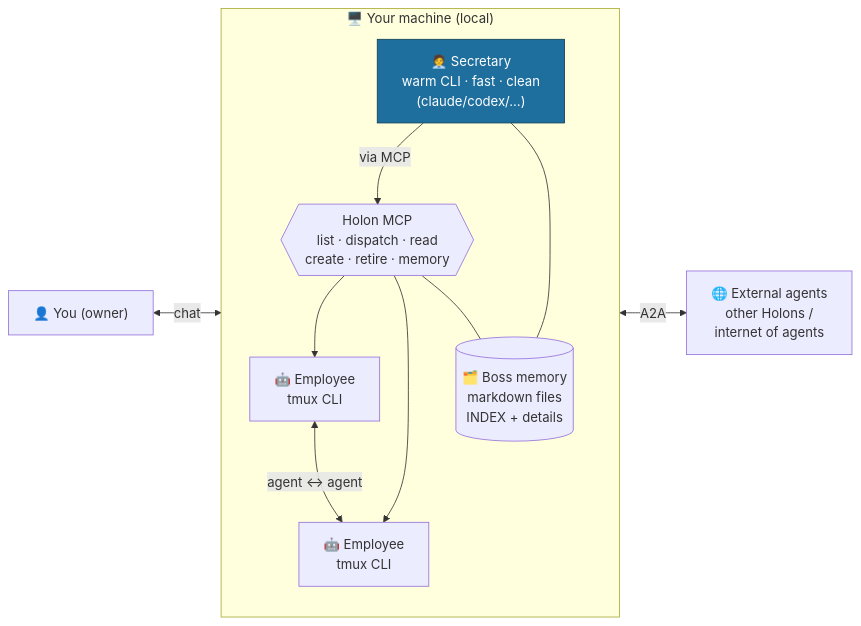
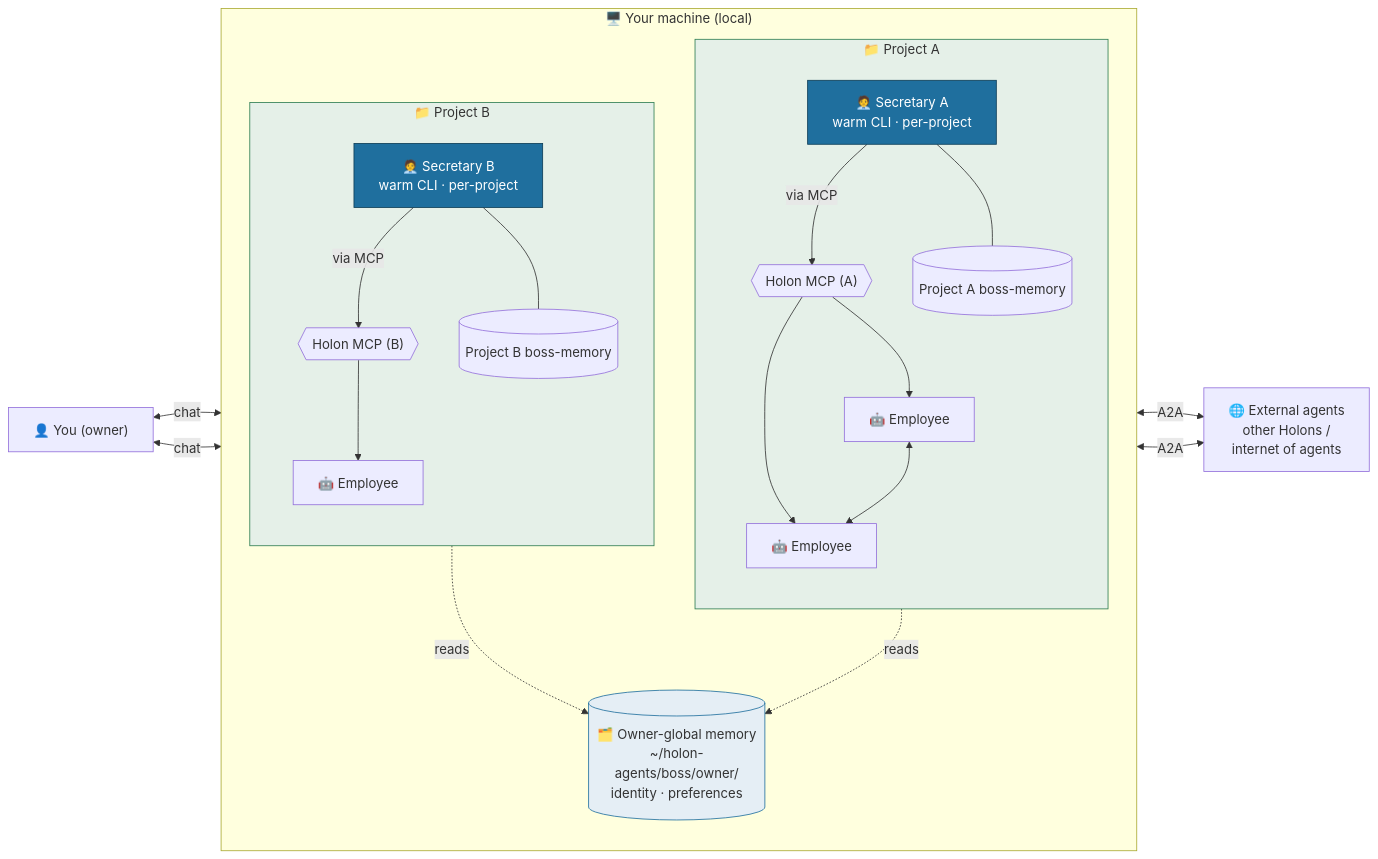
Before and after one commit to chenz16/manage-your-cli: the first of 2 diagrams in README.md, drawn with Mermaid. The commit also changed other lines of this file, not shown here.

Commit message:
docs(readme): main architecture diagram reflects multi-secretary (one per project)
Owner direction: 'architecture readme 架构那张图 原来弄的时候 只有一个秘书 现在
是多个秘书 一个项目配置一个秘书 把这个反应进去'.

The top-of-section main Architecture mermaid was still single-Secretary
even though the lower System 0/1/2 diagram + the rest of the doc + the
implementation all moved to one-secretary-per-project. Bring the head
diagram in line:

- 2 representative projects (Project A + Project B), each with its own
  Secretary, MCP, employees, project boss-memory.
- Shared owner-global memory above (System 2) that all secretaries read.
- Owner chats with each project's secretary directly.
- Each secretary is independently a hub on A2A to external agents.

````diff
--- a/README.md
+++ b/README.md
@@ -103,26 +103,49 @@
 ```mermaid
 flowchart LR
   Owner["👤 You (owner)"]
 
   subgraph Machine["🖥️ Your machine (local)"]
     direction TB
-    Sec["🧑‍💼 Secretary<br/>warm CLI · fast · clean<br/>(claude/codex/…)"]
-    E1["🤖 Employee<br/>tmux CLI"]
-    E2["🤖 Employee<br/>tmux CLI"]
-    Mem[("🗂️ Boss memory<br/>markdown files<br/>INDEX + details")]
-    MCP{{"Holon MCP<br/>list · dispatch · read<br/>create · retire · memory"}}
 
-    Sec -- via MCP --> MCP
-    MCP --> E1
-    MCP --> E2
-    E1 <-->|agent ↔ agent| E2
-    Sec --- Mem
-    MCP --- Mem
+    OwnerMem[("🗂️ Owner-global memory<br/>~/holon-agents/boss/owner/<br/>identity · preferences")]
+
+    subgraph PA["📁 Project A"]
+      direction TB
+      SecA["🧑‍💼 Secretary A<br/>warm CLI · per-project"]
+      MCPA{{"Holon MCP (A)"}}
+      EA1["🤖 Employee"]
+      EA2["🤖 Employee"]
+      MemA[("Project A boss-memory")]
+      SecA -- via MCP --> MCPA
+      MCPA --> EA1 & EA2
+      EA1 <--> EA2
+      SecA --- MemA
+    end
+
+    subgraph PB["📁 Project B"]
+      direction TB
+      SecB["🧑‍💼 Secretary B<br/>warm CLI · per-project"]
+      MCPB{{"Holon MCP (B)"}}
+      EB1["🤖 Employee"]
+      MemB[("Project B boss-memory")]
+      SecB -- via MCP --> MCPB
+      MCPB --> EB1
+      SecB --- MemB
+    end
+
+    SecA -.reads.-> OwnerMem
+    SecB -.reads.-> OwnerMem
   end
 
-  Owner <-->|chat| Sec
-  Sec <-->|A2A| Ext["🌐 External agents<br/>other Holons /<br/>internet of agents"]
+  Owner <-->|chat| SecA
+  Owner <-->|chat| SecB
+  SecA <-->|A2A| Ext["🌐 External agents<br/>other Holons /<br/>internet of agents"]
+  SecB <-->|A2A| Ext
 
   classDef hub fill:#1F6F9E,color:#fff,stroke:#0d3d57;
-  class Sec hub
+  classDef proj fill:#E5F0E8,stroke:#2E7D52;
+  classDef owner fill:#E5EEF5,stroke:#1F6F9E;
+  class SecA,SecB hub
+  class PA,PB proj
+  class OwnerMem owner
 ```
````
